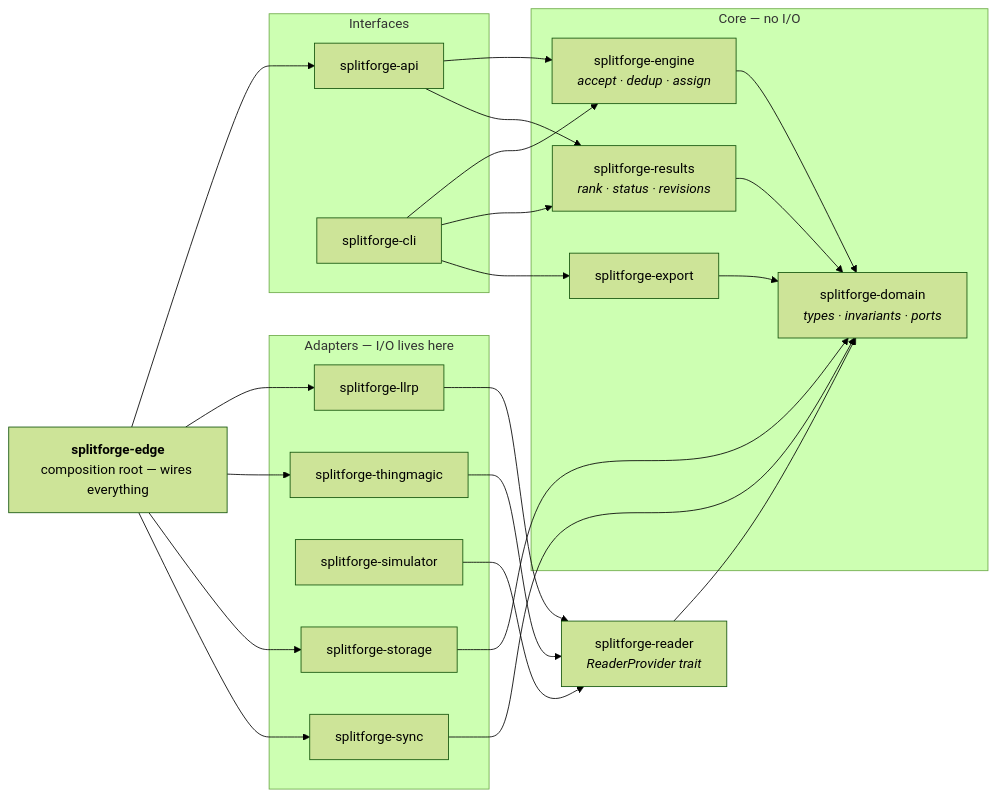
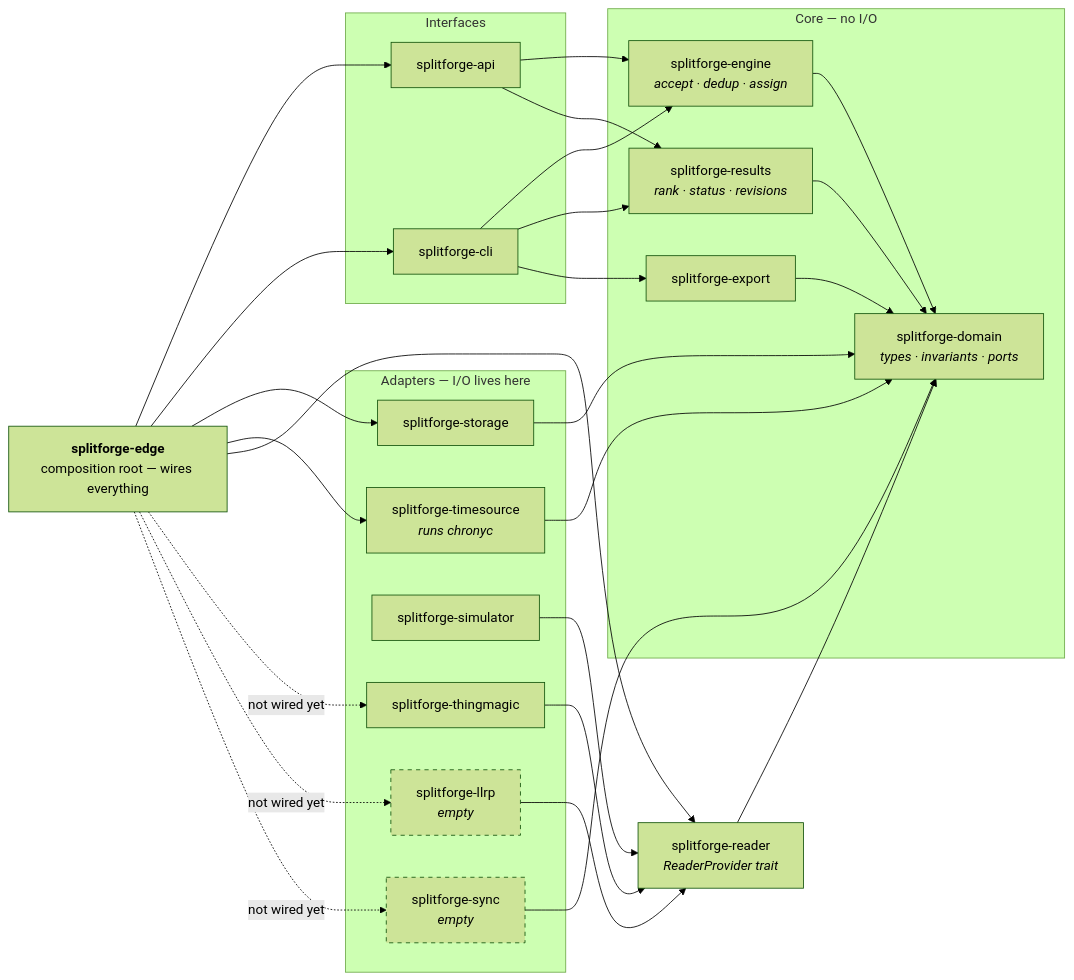
The second of 3 diagrams in docs/architecture.md (truppelli/splitforge), drawn with Mermaid (forest theme) before and after one commit. The commit also changed other lines of this file, not shown here.

First line of the commit message:
Make architecture.md describe the code that is actually merged

````diff
--- a/docs/architecture.md
+++ b/docs/architecture.md
@@ -43,46 +55,54 @@
 ```mermaid
 flowchart LR
   subgraph adapters["Adapters — I/O lives here"]
-    llrp["splitforge-llrp"]
+    llrp["splitforge-llrp<br/><i>empty</i>"]
     tm["splitforge-thingmagic"]
     sim["splitforge-simulator"]
     store["splitforge-storage"]
-    sync["splitforge-sync"]
+    time["splitforge-timesource<br/><i>runs chronyc</i>"]
+    sync["splitforge-sync<br/><i>empty</i>"]
   end
 
   subgraph core["Core — no I/O"]
     domain["splitforge-domain<br/><i>types · invariants · ports</i>"]
     engine["splitforge-engine<br/><i>accept · dedup · assign</i>"]
     results["splitforge-results<br/><i>rank · status · revisions</i>"]
     export["splitforge-export"]
   end
 
   subgraph edges["Interfaces"]
     api["splitforge-api"]
     cli["splitforge-cli"]
   end
 
   reader["splitforge-reader<br/><i>ReaderProvider trait</i>"]
 
   llrp --> reader
   tm --> reader
   sim --> reader
   reader --> domain
   engine --> domain
   results --> domain
   export --> domain
   store --> domain
+  time --> domain
   sync --> domain
   api --> engine
   api --> results
   cli --> engine
   cli --> results
   cli --> export
 
   edge["<b>splitforge-edge</b><br/>composition root — wires everything"]
   edge --> api
-  edge --> llrp
-  edge --> tm
+  edge --> cli
   edge --> store
-  edge --> sync
+  edge --> time
+  edge --> reader
+  edge -. "not wired yet" .-> tm
+  edge -. "not wired yet" .-> llrp
+  edge -. "not wired yet" .-> sync
+
+  classDef hollow stroke-dasharray: 5 5
+  class llrp,sync hollow
 ```
````
